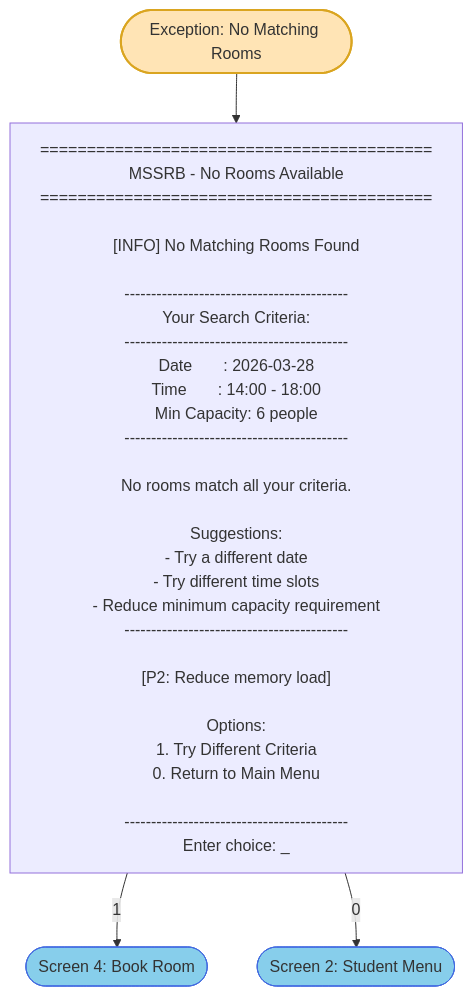
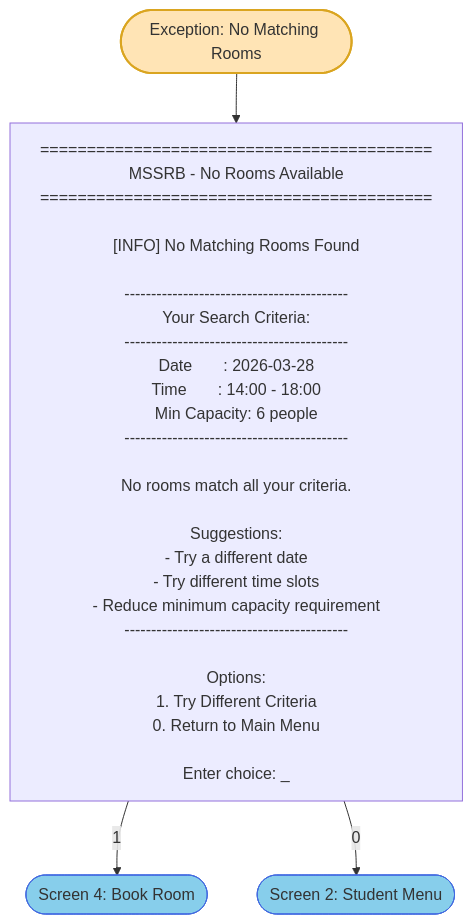
One commit to alii0110-monash/fit5136-study-room-booking changed the diagram in mermaid/member_b/exception_no_rooms.mmd. Above: the diagram before and after it, drawn with Mermaid. The commit also changed 12 other files, not shown here.

```diff
--- a/mermaid/member_b/exception_no_rooms.mmd
+++ b/mermaid/member_b/exception_no_rooms.mmd
@@ -1,46 +1,43 @@
 flowchart TB
     NO_ROOMS(["Exception: No Matching Rooms"])
 
     NR1["
 ==========================================
 MSSRB - No Rooms Available
 ==========================================
 
 [INFO] No Matching Rooms Found
 
 ------------------------------------------
 Your Search Criteria:
 ------------------------------------------
 Date       : 2026-03-28
 Time       : 14:00 - 18:00
 Min Capacity: 6 people
 ------------------------------------------
 
 No rooms match all your criteria.
 
 Suggestions:
 - Try a different date
 - Try different time slots
 - Reduce minimum capacity requirement
 ------------------------------------------
 
-[P2: Reduce memory load]
-
 Options:
 1. Try Different Criteria
 0. Return to Main Menu
 
-------------------------------------------
 Enter choice: _
     "]
 
     BOOK(["Screen 4: Book Room"])
     STUDENT_MENU(["Screen 2: Student Menu"])
 
     NO_ROOMS --> NR1
     NR1 -->|"1"| BOOK
     NR1 -->|"0"| STUDENT_MENU
 
     style NO_ROOMS fill:#FFE4B5,stroke:#DAA520,stroke-width:2px
     style BOOK fill:#87CEEB,stroke:#4169E1
     style STUDENT_MENU fill:#87CEEB,stroke:#4169E1
```
